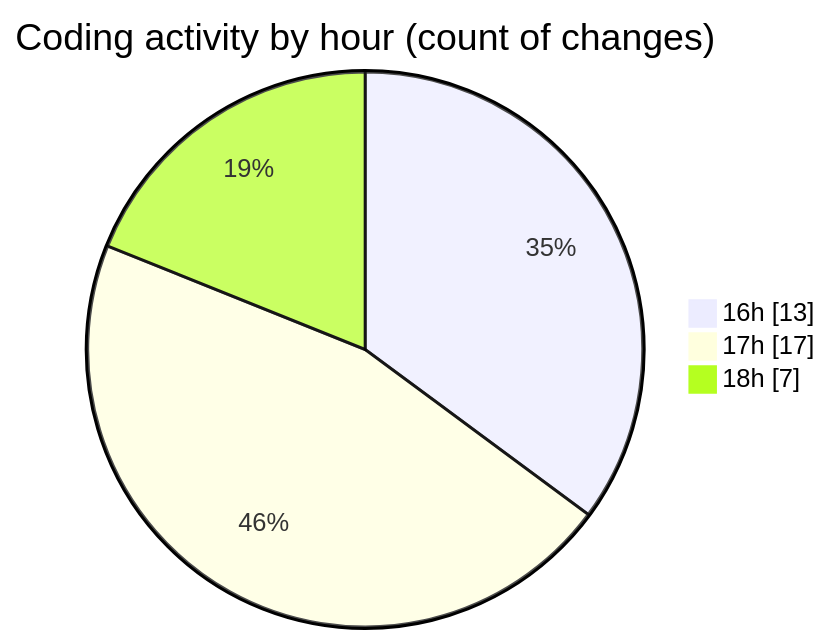
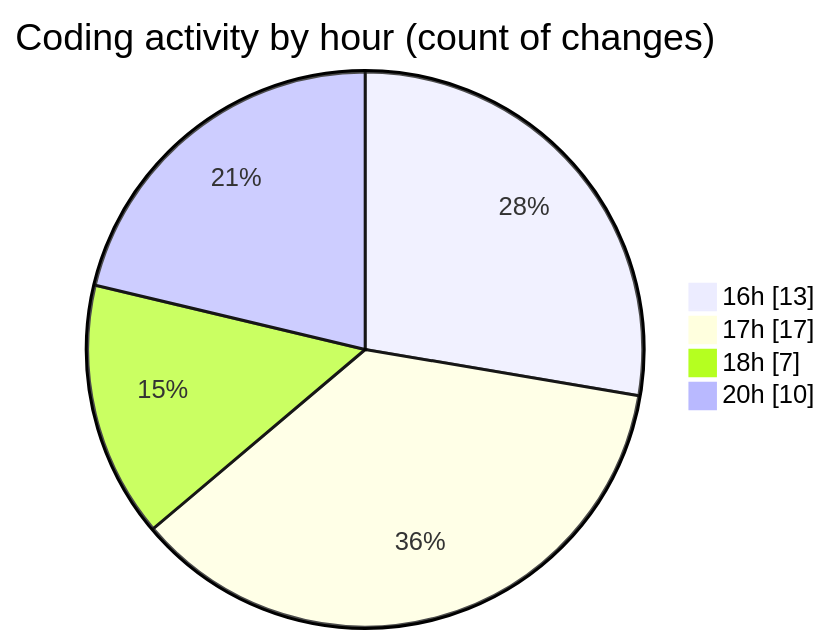
One commit to robertbonfada/code-tracking changed the second of 2 diagrams in 2025-05-20/mbc-web/README.md. Above: the diagram before and after it, drawn with Mermaid. The commit also changed other lines of this file and 1 other file, not shown here.

````diff
--- a/2025-05-20/mbc-web/README.md
+++ b/2025-05-20/mbc-web/README.md
@@ -36,7 +36,8 @@
 ```mermaid
 pie showData
 title Coding activity by hour (count of changes)
 "16h" : 13
 "17h" : 17
 "18h" : 7
+"20h" : 10
 ```
````
